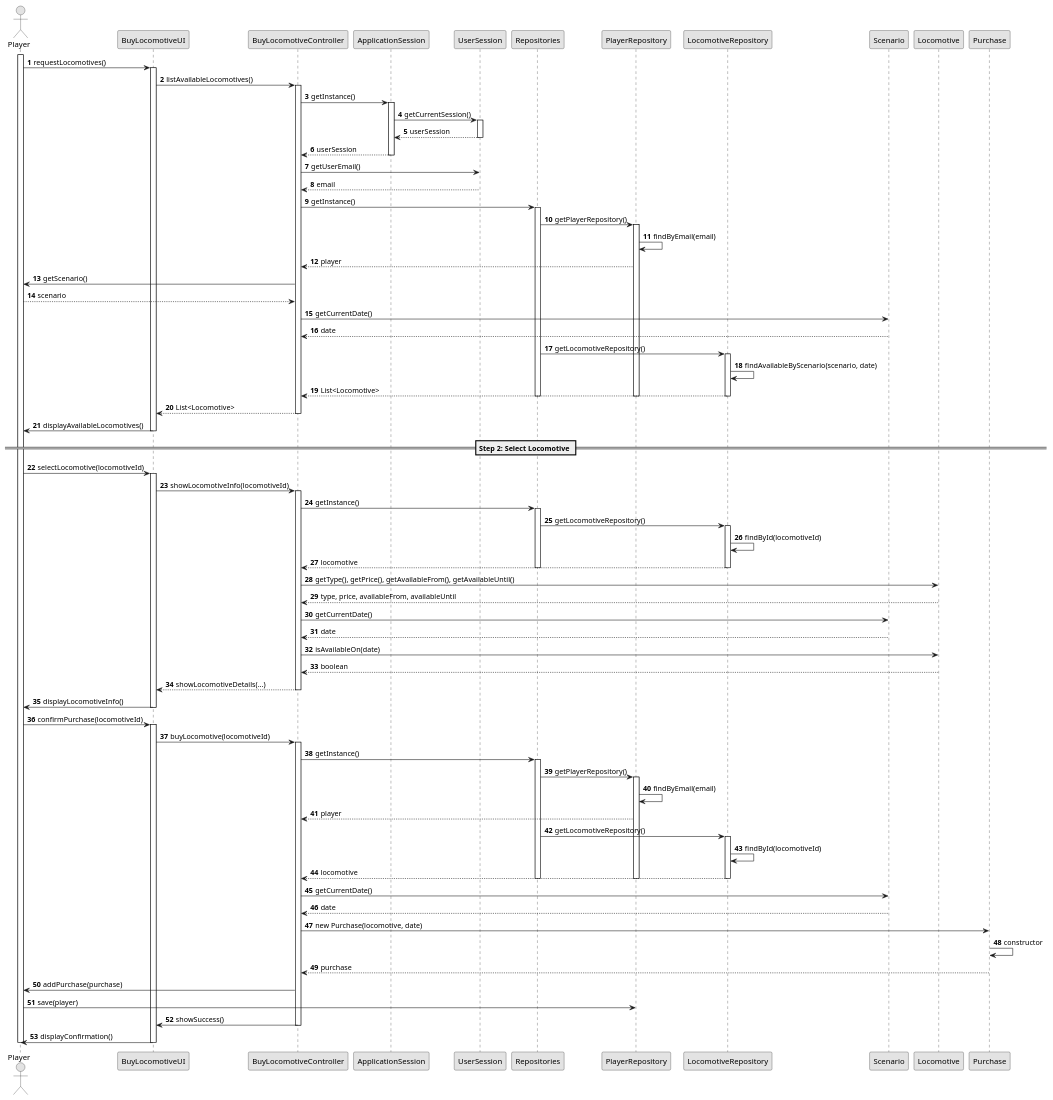
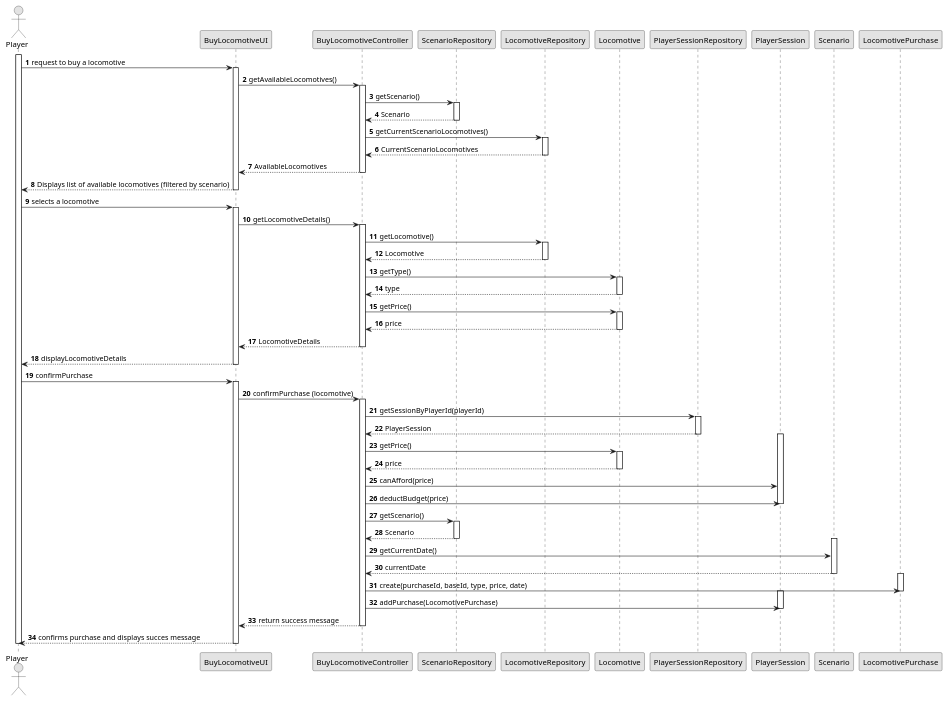
One commit to Andremonteiro1240850/railway_simulator changed the diagram in Sprint2/US09/03.design/puml/v.puml. Above: the diagram before and after it, drawn with PlantUML. The commit also changed 1 other file, not shown here.

```diff
--- a/Sprint2/US09/03.design/puml/v.puml
+++ b/Sprint2/US09/03.design/puml/v.puml
@@ -1,115 +1,100 @@
 @startuml
 ' US09 - Full Sequence Diagram (Aligned with SSD and Class Diagram)
 skinparam shadowing false
 skinparam linetype polyline
 skinparam monochrome true
 
 autonumber
 
 actor Player
+
 participant Player
 activate Player
 participant BuyLocomotiveUI
 participant BuyLocomotiveController
-participant ApplicationSession
-participant UserSession
-participant Repositories
-participant PlayerRepository
+participant ScenarioRepository
 participant LocomotiveRepository
+participant Locomotive
+participant PlayerSessionRepository
+participant PlayerSession
 participant Scenario
-participant Locomotive
-participant Purchase
+participant LocomotivePurchase
+
+Player -> BuyLocomotiveUI : request to buy a locomotive
+activate BuyLocomotiveUI
+BuyLocomotiveUI -> BuyLocomotiveController : getAvailableLocomotives()
+activate BuyLocomotiveController
+BuyLocomotiveController -> ScenarioRepository : getScenario()
+activate ScenarioRepository
+ScenarioRepository --> BuyLocomotiveController : Scenario
+deactivate ScenarioRepository
+BuyLocomotiveController -> LocomotiveRepository : getCurrentScenarioLocomotives()
+activate LocomotiveRepository
+LocomotiveRepository --> BuyLocomotiveController : CurrentScenarioLocomotives
+deactivate LocomotiveRepository
+BuyLocomotiveController --> BuyLocomotiveUI : AvailableLocomotives
+deactivate BuyLocomotiveController
+BuyLocomotiveUI --> Player : Displays list of available locomotives (filtered by scenario)
+deactivate BuyLocomotiveUI
+
+Player -> BuyLocomotiveUI : selects a locomotive
+activate BuyLocomotiveUI
+BuyLocomotiveUI -> BuyLocomotiveController : getLocomotiveDetails()
+activate BuyLocomotiveController
+BuyLocomotiveController -> LocomotiveRepository : getLocomotive()
+activate LocomotiveRepository
+LocomotiveRepository --> BuyLocomotiveController : Locomotive
+deactivate LocomotiveRepository
+BuyLocomotiveController -> Locomotive : getType()
+activate Locomotive
+BuyLocomotiveController <-- Locomotive : type
+deactivate Locomotive
+BuyLocomotiveController -> Locomotive : getPrice()
+activate Locomotive
+BuyLocomotiveController <-- Locomotive : price
+deactivate Locomotive
+BuyLocomotiveController --> BuyLocomotiveUI : LocomotiveDetails
+deactivate BuyLocomotiveController
+BuyLocomotiveUI --> Player : displayLocomotiveDetails
+deactivate BuyLocomotiveUI
+
+Player -> BuyLocomotiveUI : confirmPurchase
+activate BuyLocomotiveUI
+BuyLocomotiveUI -> BuyLocomotiveController : confirmPurchase (locomotive)
+activate BuyLocomotiveController
+BuyLocomotiveController -> PlayerSessionRepository : getSessionByPlayerId(playerId)
+activate PlayerSessionRepository
+PlayerSessionRepository --> BuyLocomotiveController : PlayerSession
+deactivate PlayerSessionRepository
+activate PlayerSession
 
 
-Player -> BuyLocomotiveUI : requestLocomotives()
-
-activate BuyLocomotiveUI
-BuyLocomotiveUI -> BuyLocomotiveController : listAvailableLocomotives()
-activate BuyLocomotiveController
-BuyLocomotiveController -> ApplicationSession : getInstance()
-activate ApplicationSession
-ApplicationSession -> UserSession : getCurrentSession()
-activate UserSession
-UserSession --> ApplicationSession : userSession
-deactivate UserSession
-ApplicationSession --> BuyLocomotiveController : userSession
-deactivate ApplicationSession
-BuyLocomotiveController -> UserSession : getUserEmail()
-BuyLocomotiveController <-- UserSession : email
-BuyLocomotiveController -> Repositories : getInstance()
-activate Repositories
-Repositories -> PlayerRepository : getPlayerRepository()
-activate PlayerRepository
-PlayerRepository -> PlayerRepository : findByEmail(email)
-PlayerRepository --> BuyLocomotiveController : player
-BuyLocomotiveController -> Player : getScenario()
-BuyLocomotiveController <-- Player : scenario
+deactivate LocomotiveRepository
+BuyLocomotiveController -> Locomotive : getPrice()
+activate Locomotive
+Locomotive --> BuyLocomotiveController : price
+deactivate Locomotive
+BuyLocomotiveController -> PlayerSession : canAfford(price)
+BuyLocomotiveController -> PlayerSession : deductBudget(price)
+deactivate PlayerSession
+BuyLocomotiveController -> ScenarioRepository : getScenario()
+activate ScenarioRepository
+ScenarioRepository --> BuyLocomotiveController : Scenario
+deactivate ScenarioRepository
+activate Scenario
 BuyLocomotiveController -> Scenario : getCurrentDate()
-BuyLocomotiveController <-- Scenario : date
-Repositories -> LocomotiveRepository : getLocomotiveRepository()
-activate LocomotiveRepository
-LocomotiveRepository -> LocomotiveRepository : findAvailableByScenario(scenario, date)
-LocomotiveRepository --> BuyLocomotiveController : List<Locomotive>
-deactivate LocomotiveRepository
-deactivate PlayerRepository
-deactivate Repositories
-BuyLocomotiveController --> BuyLocomotiveUI : List<Locomotive>
+Scenario --> BuyLocomotiveController : currentDate
+deactivate Scenario
+activate LocomotivePurchase
+BuyLocomotiveController -> LocomotivePurchase : create(purchaseId, baseId, type, price, date)
+deactivate LocomotivePurchase
+activate PlayerSession
+BuyLocomotiveController -> PlayerSession : addPurchase(LocomotivePurchase)
+deactivate PlayerSession
+BuyLocomotiveController --> BuyLocomotiveUI : return success message
 deactivate BuyLocomotiveController
-BuyLocomotiveUI -> Player : displayAvailableLocomotives()
-deactivate BuyLocomotiveUI
-
-== Step 2: Select Locomotive ==
-Player -> BuyLocomotiveUI : selectLocomotive(locomotiveId)
-activate BuyLocomotiveUI
-BuyLocomotiveUI -> BuyLocomotiveController : showLocomotiveInfo(locomotiveId)
-activate BuyLocomotiveController
-BuyLocomotiveController -> Repositories : getInstance()
-activate Repositories
-Repositories -> LocomotiveRepository : getLocomotiveRepository()
-activate LocomotiveRepository
-LocomotiveRepository -> LocomotiveRepository : findById(locomotiveId)
-LocomotiveRepository --> BuyLocomotiveController : locomotive
-deactivate LocomotiveRepository
-deactivate Repositories
-BuyLocomotiveController -> Locomotive : getType(), getPrice(), getAvailableFrom(), getAvailableUntil()
-BuyLocomotiveController <-- Locomotive : type, price, availableFrom, availableUntil
-BuyLocomotiveController -> Scenario : getCurrentDate()
-BuyLocomotiveController <-- Scenario : date
-BuyLocomotiveController -> Locomotive : isAvailableOn(date)
-BuyLocomotiveController <-- Locomotive : boolean
-BuyLocomotiveController --> BuyLocomotiveUI : showLocomotiveDetails(...)
-deactivate BuyLocomotiveController
-BuyLocomotiveUI -> Player : displayLocomotiveInfo()
-deactivate BuyLocomotiveUI
-
-
-Player -> BuyLocomotiveUI : confirmPurchase(locomotiveId)
-activate BuyLocomotiveUI
-BuyLocomotiveUI -> BuyLocomotiveController : buyLocomotive(locomotiveId)
-activate BuyLocomotiveController
-BuyLocomotiveController -> Repositories : getInstance()
-activate Repositories
-Repositories -> PlayerRepository : getPlayerRepository()
-activate PlayerRepository
-PlayerRepository -> PlayerRepository : findByEmail(email)
-PlayerRepository --> BuyLocomotiveController : player
-Repositories -> LocomotiveRepository : getLocomotiveRepository()
-activate LocomotiveRepository
-LocomotiveRepository -> LocomotiveRepository : findById(locomotiveId)
-LocomotiveRepository --> BuyLocomotiveController : locomotive
-deactivate PlayerRepository
-deactivate LocomotiveRepository
-deactivate Repositories
-BuyLocomotiveController -> Scenario : getCurrentDate()
-BuyLocomotiveController <-- Scenario : date
-BuyLocomotiveController -> Purchase : new Purchase(locomotive, date)
-Purchase -> Purchase : constructor
-BuyLocomotiveController <-- Purchase : purchase
-BuyLocomotiveController -> Player : addPurchase(purchase)
-Player -> PlayerRepository : save(player)
-BuyLocomotiveController -> BuyLocomotiveUI : showSuccess()
-deactivate BuyLocomotiveController
-BuyLocomotiveUI -> Player : displayConfirmation()
+BuyLocomotiveUI --> Player : confirms purchase and displays succes message
 deactivate BuyLocomotiveUI
 deactivate Player
+
 @enduml
```
